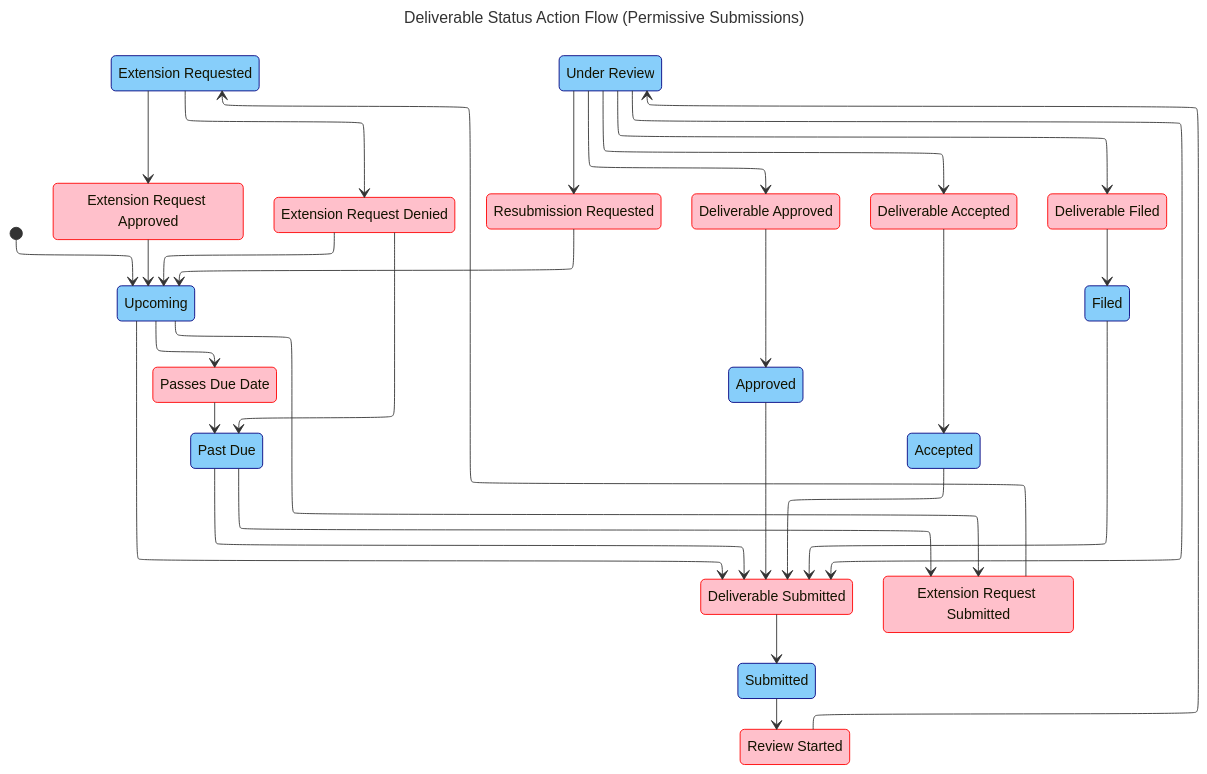
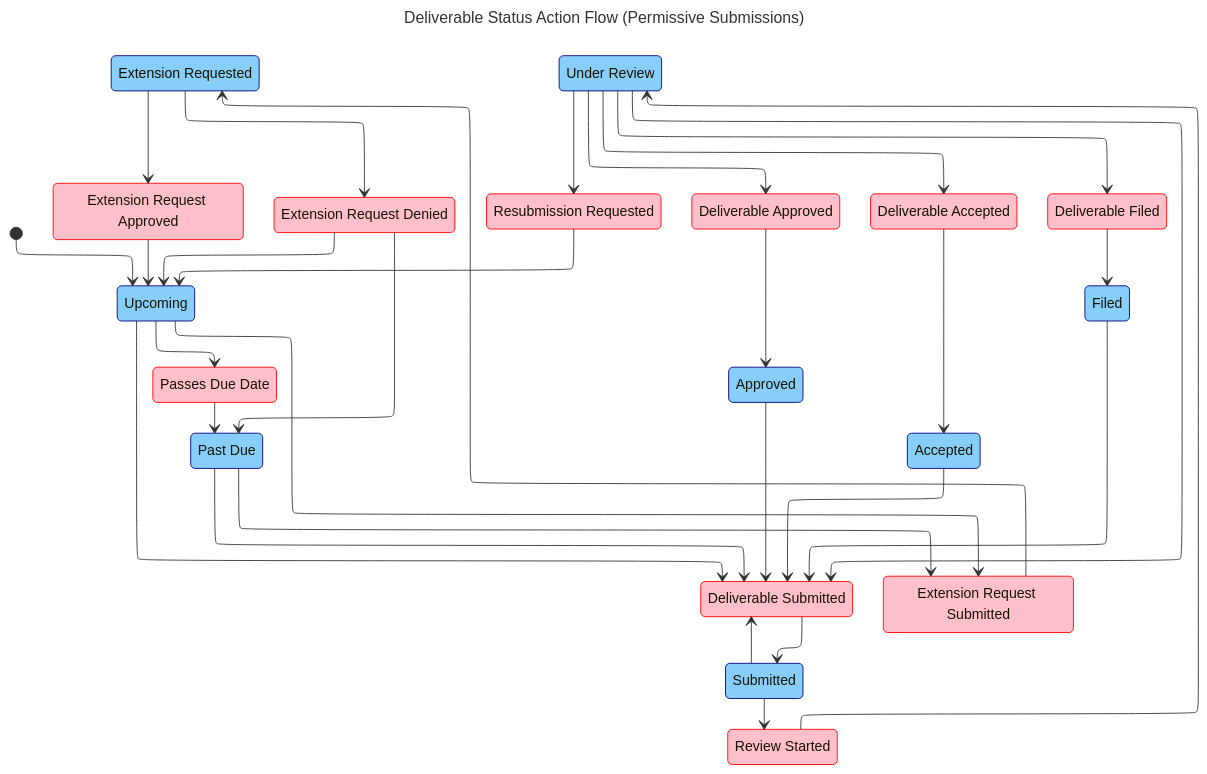
The diagram in data/docs/Deliverable_Status_Action_Flow_Permissive_Submissions.mmd (Enterprise-CMCS/demos), drawn with Mermaid before and after one commit. The commit also changed 3 other files, not shown here.

```diff
--- a/data/docs/Deliverable_Status_Action_Flow_Permissive_Submissions.mmd
+++ b/data/docs/Deliverable_Status_Action_Flow_Permissive_Submissions.mmd
@@ -1,86 +1,87 @@
 ---
 title: Deliverable Status Action Flow (Permissive Submissions)
 config:
   theme: default
   layout: elk
   elk:
     nodePlacementStrategy: BRANDES_KOEPF
 ---
 
 stateDiagram-v2
   classDef actionNode stroke:red,fill:pink
   classDef stateNode stroke:navy,fill:lightskyblue
 
   %% Actions
   [*] --> upcoming
   upcoming --> actionDeliverableSubmitted
   upcoming --> actionPassesDueDate
   upcoming --> actionExtensionRequestSubmitted
   pastDue --> actionDeliverableSubmitted
   pastDue --> actionExtensionRequestSubmitted
   submitted --> actionReviewStarted
+  submitted --> actionDeliverableSubmitted
   extensionRequested --> actionExtensionRequestApproved
   extensionRequested --> actionExtensionRequestDenied
   underReview --> actionResubmissionRequested
   underReview --> actionDeliverableApproved
   underReview --> actionDeliverableAccepted
   underReview --> actionDeliverableFiled
   underReview --> actionDeliverableSubmitted
   accepted --> actionDeliverableSubmitted
   approved --> actionDeliverableSubmitted
   filed --> actionDeliverableSubmitted
 
   %% Action results
   actionPassesDueDate --> pastDue
   actionDeliverableSubmitted --> submitted
   actionReviewStarted --> underReview
   actionResubmissionRequested --> upcoming
   actionExtensionRequestSubmitted --> extensionRequested
   actionExtensionRequestApproved --> upcoming
   actionExtensionRequestDenied --> upcoming
   actionExtensionRequestDenied --> pastDue
   actionDeliverableApproved --> approved
   actionDeliverableAccepted --> accepted
   actionDeliverableFiled --> filed
 
   %% State Nodes
   state "Upcoming" as upcoming
   state "Past Due" as pastDue
   state "Submitted" as submitted
   state "Under Review" as underReview
   state "Approved" as approved
   state "Accepted" as accepted
   state "Filed" as filed
   state "Extension Requested" as extensionRequested
 
   class upcoming stateNode
   class pastDue stateNode
   class submitted stateNode
   class underReview stateNode
   class approved stateNode
   class accepted stateNode
   class filed stateNode
   class extensionRequested stateNode
 
   %% Action Nodes
   state "Passes Due Date" as actionPassesDueDate
   state "Deliverable Submitted" as actionDeliverableSubmitted
   state "Review Started" as actionReviewStarted
   state "Resubmission Requested" as actionResubmissionRequested
   state "Extension Request Submitted" as actionExtensionRequestSubmitted
   state "Extension Request Approved" as actionExtensionRequestApproved
   state "Extension Request Denied" as actionExtensionRequestDenied
   state "Deliverable Approved" as actionDeliverableApproved
   state "Deliverable Accepted" as actionDeliverableAccepted
   state "Deliverable Filed" as actionDeliverableFiled
 
   class actionPassesDueDate actionNode
   class actionDeliverableSubmitted actionNode
   class actionReviewStarted actionNode
   class actionResubmissionRequested actionNode
   class actionExtensionRequestSubmitted actionNode
   class actionExtensionRequestApproved actionNode
   class actionExtensionRequestDenied actionNode
   class actionDeliverableApproved actionNode
   class actionDeliverableAccepted actionNode
   class actionDeliverableFiled actionNode
```
